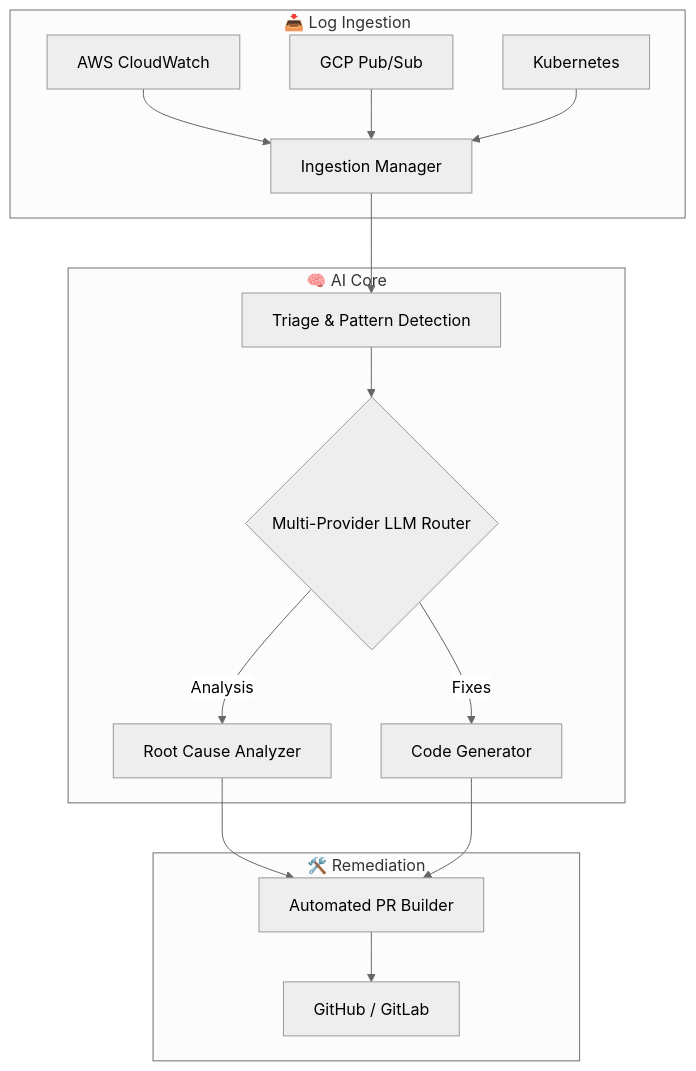
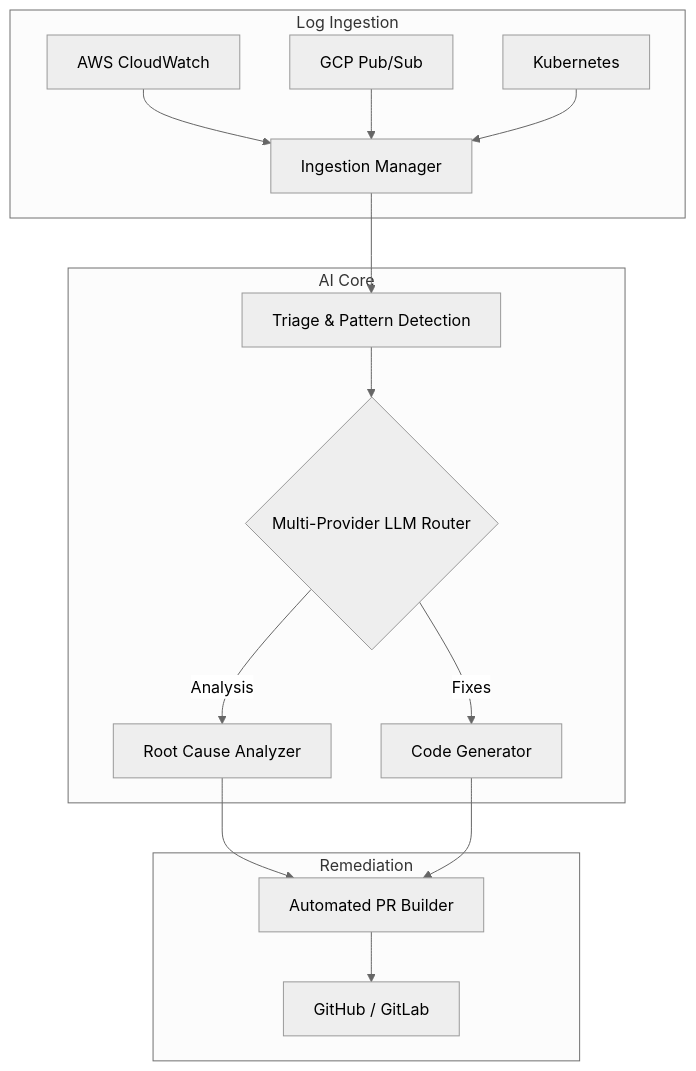
The diagram in README.md (DsThakurRawat/Argus), drawn with Mermaid (neutral theme) before and after one commit. The commit also changed other lines of this file and 1005 other files, not shown here.

````diff
--- a/README.md
+++ b/README.md
@@ -45,19 +45,19 @@
 ```mermaid
 graph TD
-    subgraph Ingestion ["📥 Log Ingestion"]
+    subgraph Ingestion ["Log Ingestion"]
     A["AWS CloudWatch"] --> D["Ingestion Manager"]
     B["GCP Pub/Sub"] --> D
     C["Kubernetes"] --> D
     end
-    subgraph Core ["🧠 AI Core"]
+    subgraph Core ["AI Core"]
     D --> E["Triage & Pattern Detection"]
     E --> F{"Multi-Provider LLM Router"}
     F --> |Analysis| G["Root Cause Analyzer"]
     F --> |Fixes| H["Code Generator"]
     end
-    subgraph Remediation ["🛠️ Remediation"]
+    subgraph Remediation ["Remediation"]
     G --> I["Automated PR Builder"]
     H --> I
     I --> J["GitHub / GitLab"]
     end
 ```
````
